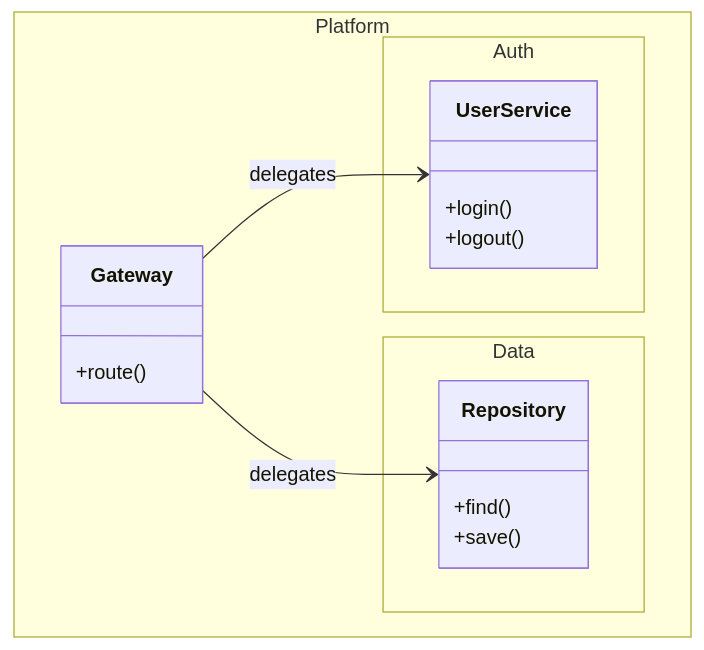
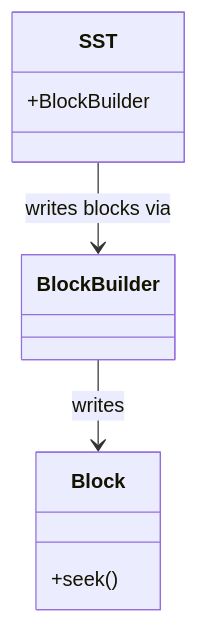
One commit to luqmansen/luqmansen.github.io changed the diagram in content/scratchpads/LSM in 3 weeks.md. Above: the diagram before and after it, drawn with Mermaid. The commit also changed other lines of this file, not shown here.

Commit message:
blog: sync from vault @ 18b7ae9

````diff
--- a/content/scratchpads/LSM in 3 weeks.md
+++ b/content/scratchpads/LSM in 3 weeks.md
@@ -36,24 +36,15 @@
 ```mermaid
 
 classDiagram
-    namespace Platform {
-        namespace Auth {
-            class UserService {
-                +login()
-                +logout()
-            }
-        }
-        namespace Data {
-            class Repository {
-                +find()
-                +save()
-            }
-        }
-        class Gateway {
-            +route()
-        }
+    class Block {
+        +seek()
     }
-    Gateway --> UserService : delegates
-    Gateway --> Repository : delegates
-
+    class BlockBuilder {
+    }
+    class SST {
+        +BlockBuilder
+    }
+    
+    SST --> BlockBuilder : writes blocks via
+    BlockBuilder --> Block: writes
 ```
````
